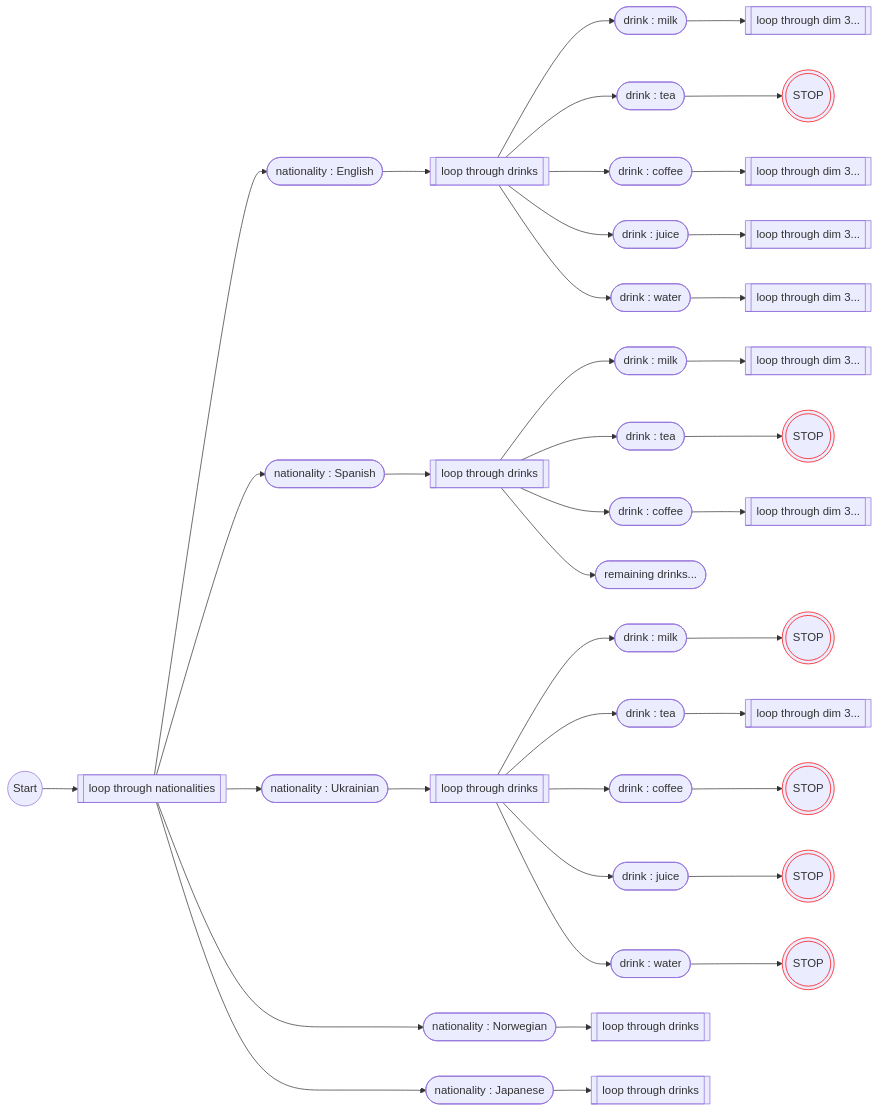
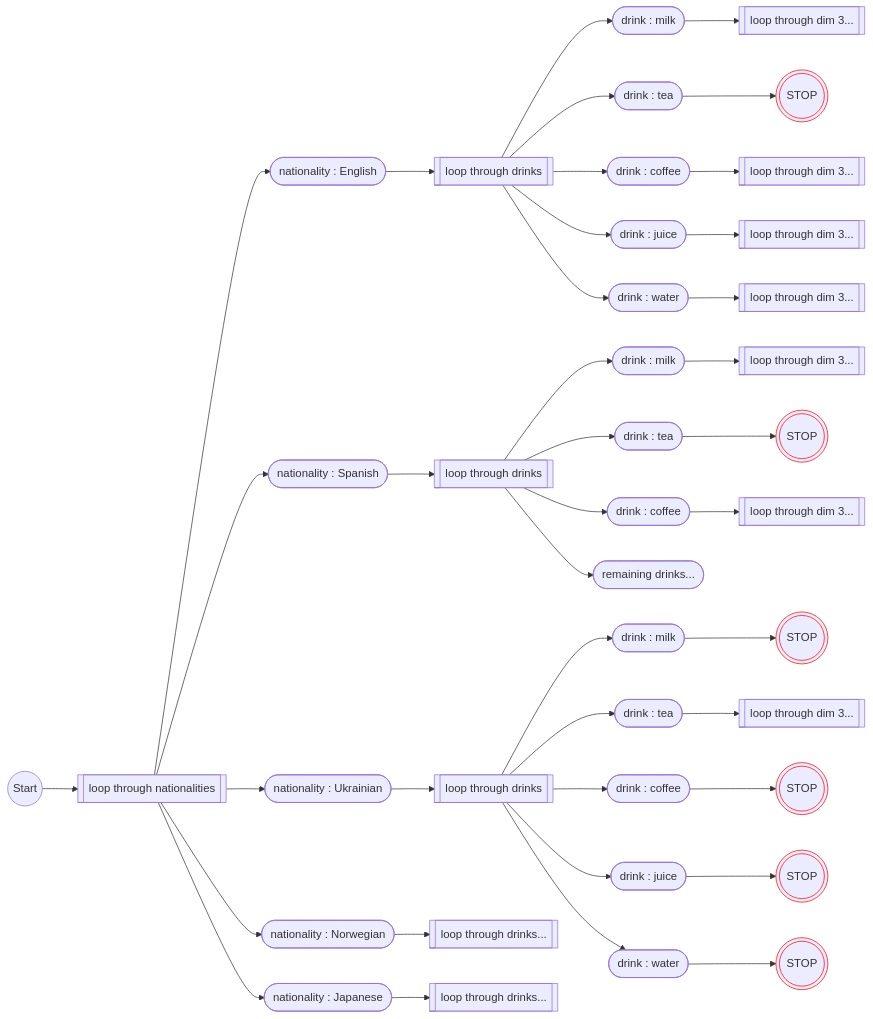
Before and after one commit to trekski/knuths_x_algorithm: the diagram in zebra_puzzle_v1.md, drawn with Mermaid. The commit also changed other lines of this file, not shown here.

````diff
--- a/zebra_puzzle_v1.md
+++ b/zebra_puzzle_v1.md
@@ -479,44 +479,44 @@
 ```mermaid
 flowchart LR
     classDef stop stroke:#f00;
     start@{ shape: circle, label: "Start" }
     B1_loop([nationality : English])
     B2_loop([nationality : Spanish])
     B3_loop([nationality : Ukrainian])
     B4_loop([nationality : Norwegian])
     B5_loop([nationality : Japanese])
     C1_1([drink : milk])
     C1_2([drink : tea])
     C1_3([drink : coffee])
     C1_4([drink : juice])
     C1_5([drink : water])
     C2_1([drink : milk])
     C2_2([drink : tea])
     C2_3([drink : coffee])
     C2_4([remaining drinks...])
     C3_1([drink : milk])
     C3_2([drink : tea])
     C3_3([drink : coffee])
     C3_4([drink : juice])
     C3_5([drink : water])
     start --> A[[loop through nationalities]]
     A --> B1_loop --> B1[[loop through drinks]]
     A --> B2_loop --> B2[[loop through drinks]]
     A --> B3_loop --> B3[[loop through drinks]]
-    A ---> B4_loop --> B4[[loop through drinks]]
-    A ---> B5_loop --> B5[[loop through drinks]]
+    A --> B4_loop --> B4[[loop through drinks...]] ~~~ C3_5
+    A --> B5_loop --> B5[[loop through drinks...]] ~~~ C3_5
     B1 --> C1_1 --> D1_1[[loop through dim 3...]]
     B1 --> C1_2 --> D1_2(((STOP))):::stop
     B1 --> C1_3 --> D1_3[[loop through dim 3...]]
     B1 --> C1_4 --> D1_4[[loop through dim 3...]]
     B1 --> C1_5 --> D1_5[[loop through dim 3...]]
     B2 --> C2_1 --> D2_1[[loop through dim 3...]]
     B2 --> C2_2 --> D2_2(((STOP))):::stop
     B2 --> C2_3 --> D2_3[[loop through dim 3...]]
     B2 --> C2_4
     B3 --> C3_1 --> D3_1(((STOP))):::stop
     B3 --> C3_2 --> D3_2[[loop through dim 3...]]
     B3 --> C3_3 --> D3_3(((STOP))):::stop
     B3 --> C3_4 --> D3_4(((STOP))):::stop
     B3 --> C3_5 --> D3_5(((STOP))):::stop
 ```
````
